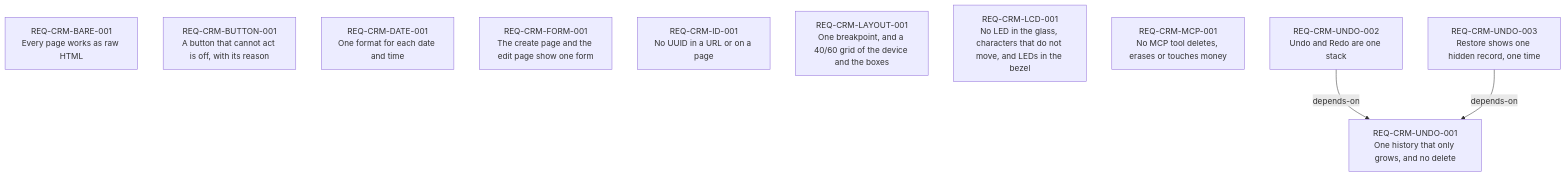
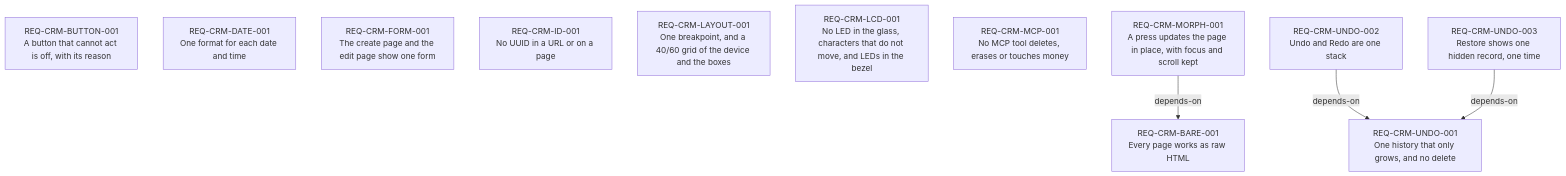
Before and after one commit to seanmizen/seanorepo: the diagram in apps/crm/requirements/index.md, drawn with Mermaid. The commit also changed other lines of this file and 16 other files, not shown here.

First line of the commit message:
[SEAN-1117] feat: crm presses update the page in place, with focus and scroll kept

````diff
--- a/apps/crm/requirements/index.md
+++ b/apps/crm/requirements/index.md
@@ -22,16 +23,18 @@
 ```mermaid
 graph TD
   REQ_CRM_BARE_001["REQ-CRM-BARE-001<br/>Every page works as raw HTML"]
   REQ_CRM_BUTTON_001["REQ-CRM-BUTTON-001<br/>A button that cannot act is off, with its reason"]
   REQ_CRM_DATE_001["REQ-CRM-DATE-001<br/>One format for each date and time"]
   REQ_CRM_FORM_001["REQ-CRM-FORM-001<br/>The create page and the edit page show one form"]
   REQ_CRM_ID_001["REQ-CRM-ID-001<br/>No UUID in a URL or on a page"]
   REQ_CRM_LAYOUT_001["REQ-CRM-LAYOUT-001<br/>One breakpoint, and a 40/60 grid of the device and the boxes"]
   REQ_CRM_LCD_001["REQ-CRM-LCD-001<br/>No LED in the glass, characters that do not move, and LEDs in the bezel"]
   REQ_CRM_MCP_001["REQ-CRM-MCP-001<br/>No MCP tool deletes, erases or touches money"]
+  REQ_CRM_MORPH_001["REQ-CRM-MORPH-001<br/>A press updates the page in place, with focus and scroll kept"]
   REQ_CRM_UNDO_001["REQ-CRM-UNDO-001<br/>One history that only grows, and no delete"]
   REQ_CRM_UNDO_002["REQ-CRM-UNDO-002<br/>Undo and Redo are one stack"]
   REQ_CRM_UNDO_003["REQ-CRM-UNDO-003<br/>Restore shows one hidden record, one time"]
+  REQ_CRM_MORPH_001 -->|depends-on| REQ_CRM_BARE_001
   REQ_CRM_UNDO_002 -->|depends-on| REQ_CRM_UNDO_001
   REQ_CRM_UNDO_003 -->|depends-on| REQ_CRM_UNDO_001
 ```
````
